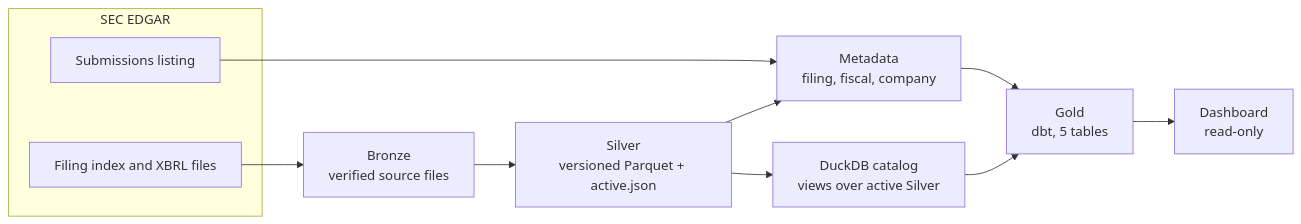
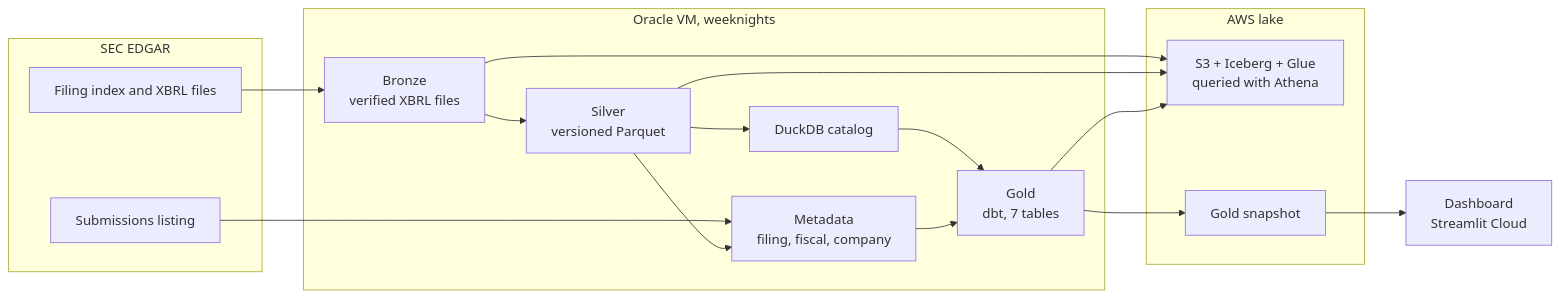
Before and after one commit to dhirajkk91/sec-edgar-financial-data-lakehouse: the first of 2 diagrams in docs/architectures/end-to-end-pipeline.md, drawn with Mermaid. The commit also changed other lines of this file and 111 other files, not shown here.

````diff
--- a/docs/architectures/end-to-end-pipeline.md
+++ b/docs/architectures/end-to-end-pipeline.md
@@ -28,17 +26,27 @@
 ```mermaid
 flowchart LR
     subgraph SEC["SEC EDGAR"]
         S1["Submissions listing"]
         S2["Filing index and XBRL files"]
     end
-    B["Bronze<br/>verified source files"]
-    V["Silver<br/>versioned Parquet + active.json"]
-    C["DuckDB catalog<br/>views over active Silver"]
-    M["Metadata<br/>filing, fiscal, company"]
-    G["Gold<br/>dbt, 5 tables"]
-    UI["Dashboard<br/>read-only"]
+    subgraph VM["Oracle VM, weeknights"]
+        B["Bronze<br/>verified XBRL files"]
+        V["Silver<br/>versioned Parquet"]
+        C["DuckDB catalog"]
+        M["Metadata<br/>filing, fiscal, company"]
+        G["Gold<br/>dbt, 7 tables"]
+    end
+    subgraph AWS["AWS lake"]
+        L["S3 + Iceberg + Glue<br/>queried with Athena"]
+        SNAP["Gold snapshot"]
+    end
+    UI["Dashboard<br/>Streamlit Cloud"]
 
-    S2 --> B --> V --> C --> G --> UI
+    S2 --> B --> V --> C --> G
     S1 --> M --> G
     V --> M
+    B --> L
+    V --> L
+    G --> L
+    G --> SNAP --> UI
 ```
````
